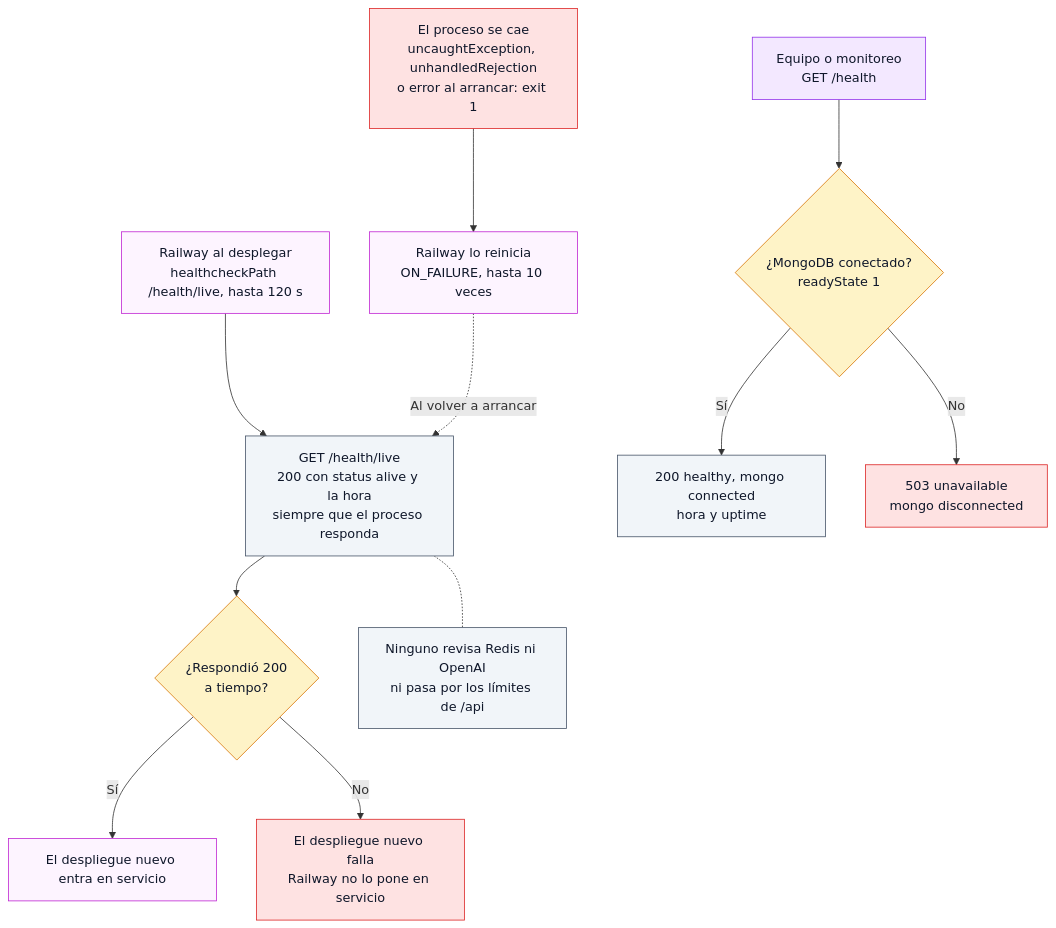
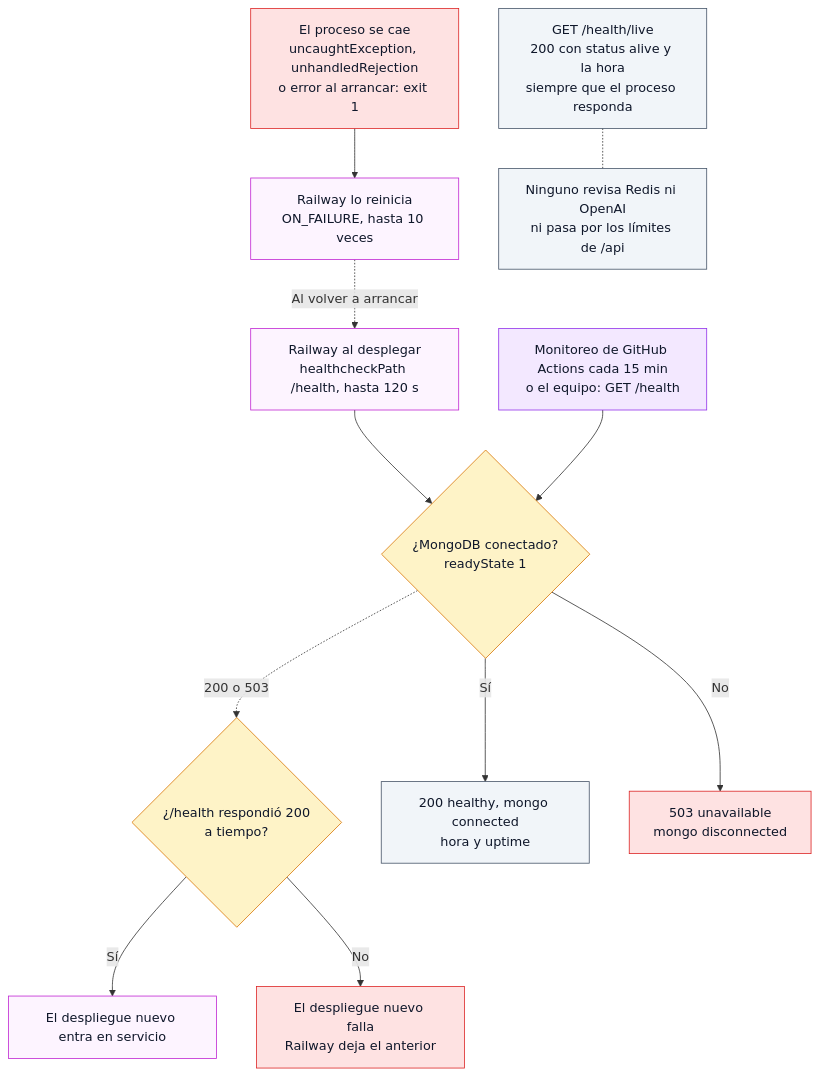
One commit to ronalc90/koptup changed diagram 19 of 23 in docs/wiki/Doc-14-3-Flujos-Tecnicos.md. Above: the diagram before and after it, drawn with Mermaid. The commit also changed other lines of this file and 245 other files, not shown here.

````diff
--- a/docs/wiki/Doc-14-3-Flujos-Tecnicos.md
+++ b/docs/wiki/Doc-14-3-Flujos-Tecnicos.md
@@ -1174,33 +1174,34 @@
 ```mermaid
 flowchart TD
     classDef visitante fill:#dbeafe,stroke:#2563eb,color:#0f172a
     classDef sistema fill:#f1f5f9,stroke:#475569,color:#0f172a
     classDef admin fill:#f3e8ff,stroke:#9333ea,color:#0f172a
     classDef aviso fill:#dcfce7,stroke:#16a34a,color:#0f172a
     classDef decision fill:#fef3c7,stroke:#d97706,color:#0f172a
     classDef error fill:#fee2e2,stroke:#dc2626,color:#0f172a
     classDef externo fill:#fdf4ff,stroke:#c026d3,color:#0f172a
 
-    RW["Railway al desplegar<br/>healthcheckPath /health/live, hasta 120 s"]:::externo
+    RW["Railway al desplegar<br/>healthcheckPath /health, hasta 120 s"]:::externo
     LV["GET /health/live<br/>200 con status alive y la hora<br/>siempre que el proceso responda"]:::sistema
-    Q1{"¿Respondió 200<br/>a tiempo?"}:::decision
+    Q1{"¿/health respondió 200<br/>a tiempo?"}:::decision
     OK1["El despliegue nuevo entra en servicio"]:::externo
-    F1["El despliegue nuevo falla<br/>Railway no lo pone en servicio"]:::error
-    MON["Equipo o monitoreo<br/>GET /health"]:::admin
+    F1["El despliegue nuevo falla<br/>Railway deja el anterior"]:::error
+    MON["Monitoreo de GitHub Actions cada 15 min<br/>o el equipo: GET /health"]:::admin
     Q2{"¿MongoDB conectado?<br/>readyState 1"}:::decision
     H1["200 healthy, mongo connected<br/>hora y uptime"]:::sistema
     H2["503 unavailable<br/>mongo disconnected"]:::error
     CR["El proceso se cae<br/>uncaughtException, unhandledRejection<br/>o error al arrancar: exit 1"]:::error
     RS["Railway lo reinicia<br/>ON_FAILURE, hasta 10 veces"]:::externo
     NT["Ninguno revisa Redis ni OpenAI<br/>ni pasa por los límites de /api"]:::sistema
 
-    RW --> LV --> Q1
+    RW --> Q2
+    Q2 -.->|"200 o 503"| Q1
     Q1 -->|Sí| OK1
     Q1 -->|No| F1
     MON --> Q2
     Q2 -->|Sí| H1
     Q2 -->|No| H2
     CR --> RS
-    RS -.->|Al volver a arrancar| LV
+    RS -.->|Al volver a arrancar| RW
     LV -.- NT
 ```
````
